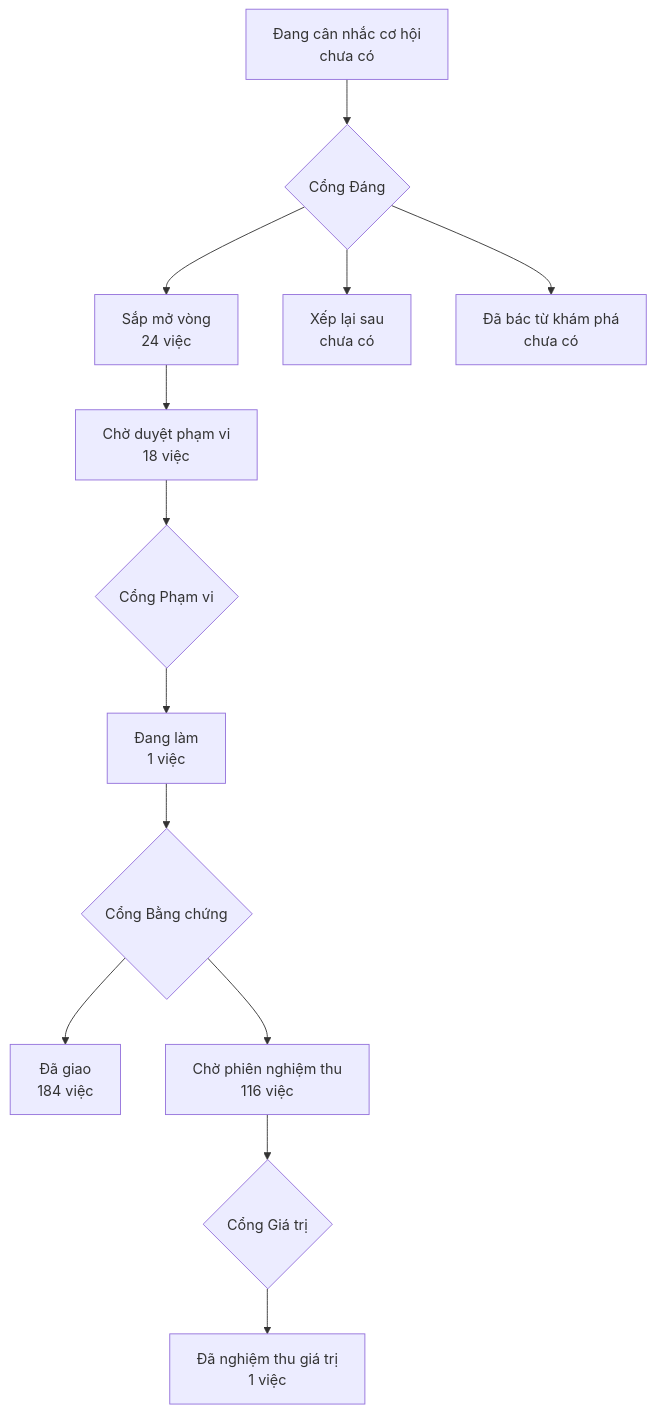
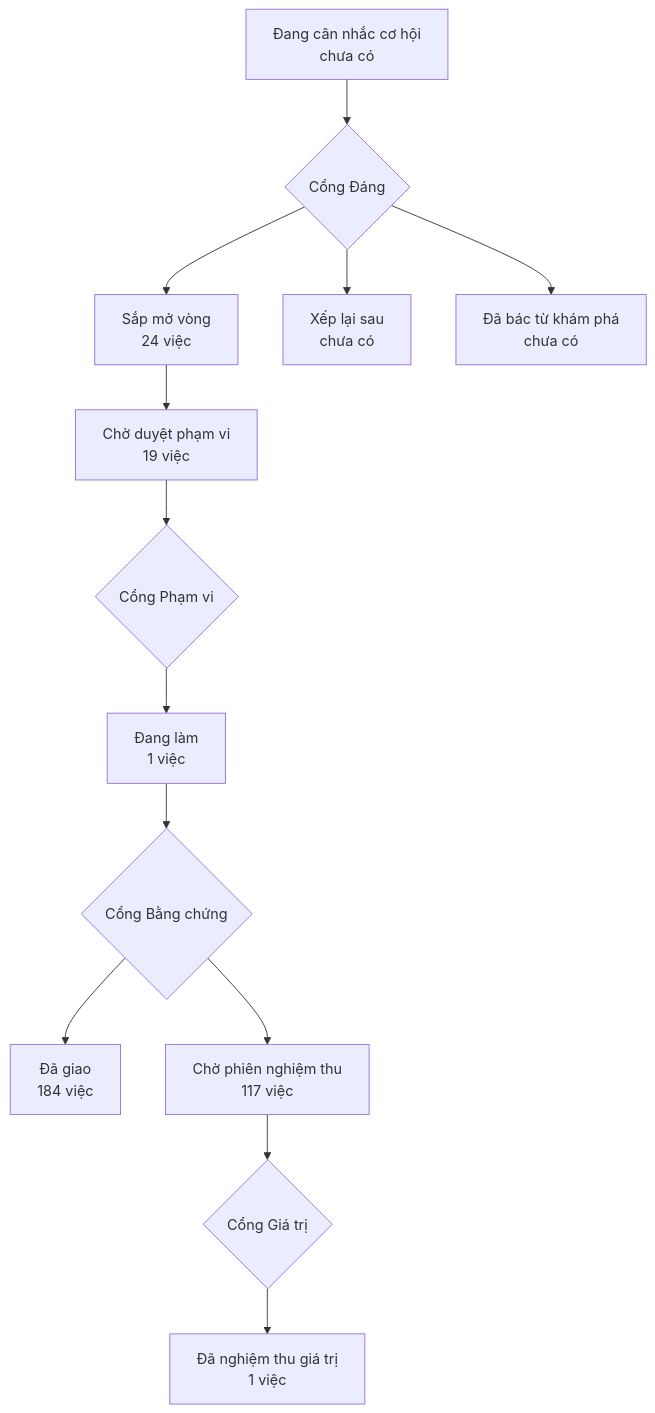
Before and after one commit to phanlemanh/onehub-invest: the diagram in PRODUCT-MAP.md, drawn with Mermaid. The commit also changed other lines of this file and 1 other file, not shown here.

Commit message:
chore(map): sinh lại bản đồ sau khi gộp main 065ed2a5

````diff
--- a/PRODUCT-MAP.md
+++ b/PRODUCT-MAP.md
@@ -7,12 +7,12 @@
 ```mermaid
 flowchart TD
   A["Đang cân nhắc cơ hội<br/>chưa có"] --> GD{"Cổng Đáng"}
   GD --> B["Sắp mở vòng<br/>24 việc"]
   GD --> XL["Xếp lại sau<br/>chưa có"]
   GD --> DB["Đã bác từ khám phá<br/>chưa có"]
-  B --> CD["Chờ duyệt phạm vi<br/>18 việc"] --> GP{"Cổng Phạm vi"}
+  B --> CD["Chờ duyệt phạm vi<br/>19 việc"] --> GP{"Cổng Phạm vi"}
   GP --> DL["Đang làm<br/>1 việc"] --> GB{"Cổng Bằng chứng"}
   GB --> DG["Đã giao<br/>184 việc"]
-  GB --> CN["Chờ phiên nghiệm thu<br/>116 việc"] --> GG{"Cổng Giá trị"}
+  GB --> CN["Chờ phiên nghiệm thu<br/>117 việc"] --> GG{"Cổng Giá trị"}
   GG --> NT["Đã nghiệm thu giá trị<br/>1 việc"]
 ```
````
